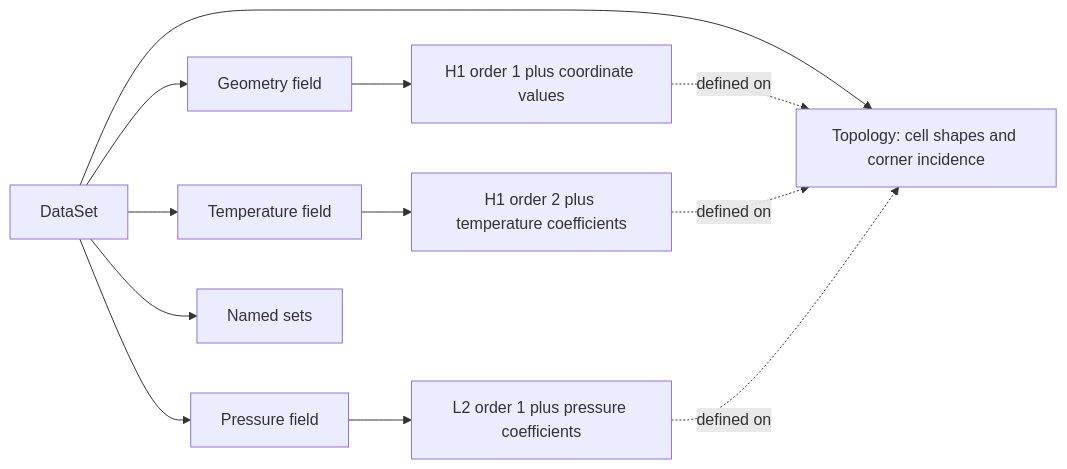
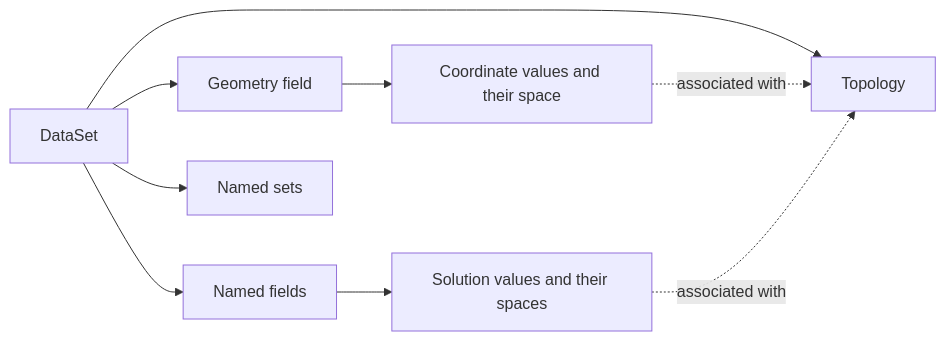
Before and after one commit to berkgeveci/tack: the diagram in docs/vis-guide/01-datasets.md, drawn with Mermaid. The commit also changed other lines of this file and 37 other files, not shown here.

````diff
--- a/docs/vis-guide/01-datasets.md
+++ b/docs/vis-guide/01-datasets.md
@@ -16,14 +21,11 @@
 ```mermaid
 flowchart LR
-    D[DataSet] --> T[Topology: cell shapes and corner incidence]
+    D[DataSet] --> T[Topology]
     D --> G[Geometry field]
-    D --> U[Temperature field]
-    D --> P[Pressure field]
+    D --> F[Named fields]
     D --> S[Named sets]
-    G --> GS[H1 order 1 plus coordinate values]
-    U --> US[H1 order 2 plus temperature coefficients]
-    P --> PS[L2 order 1 plus pressure coefficients]
-    GS -. defined on .-> T
-    US -. defined on .-> T
-    PS -. defined on .-> T
+    G --> X[Coordinate values and their space]
+    F --> V[Solution values and their spaces]
+    X -. associated with .-> T
+    V -. associated with .-> T
 ```
````
